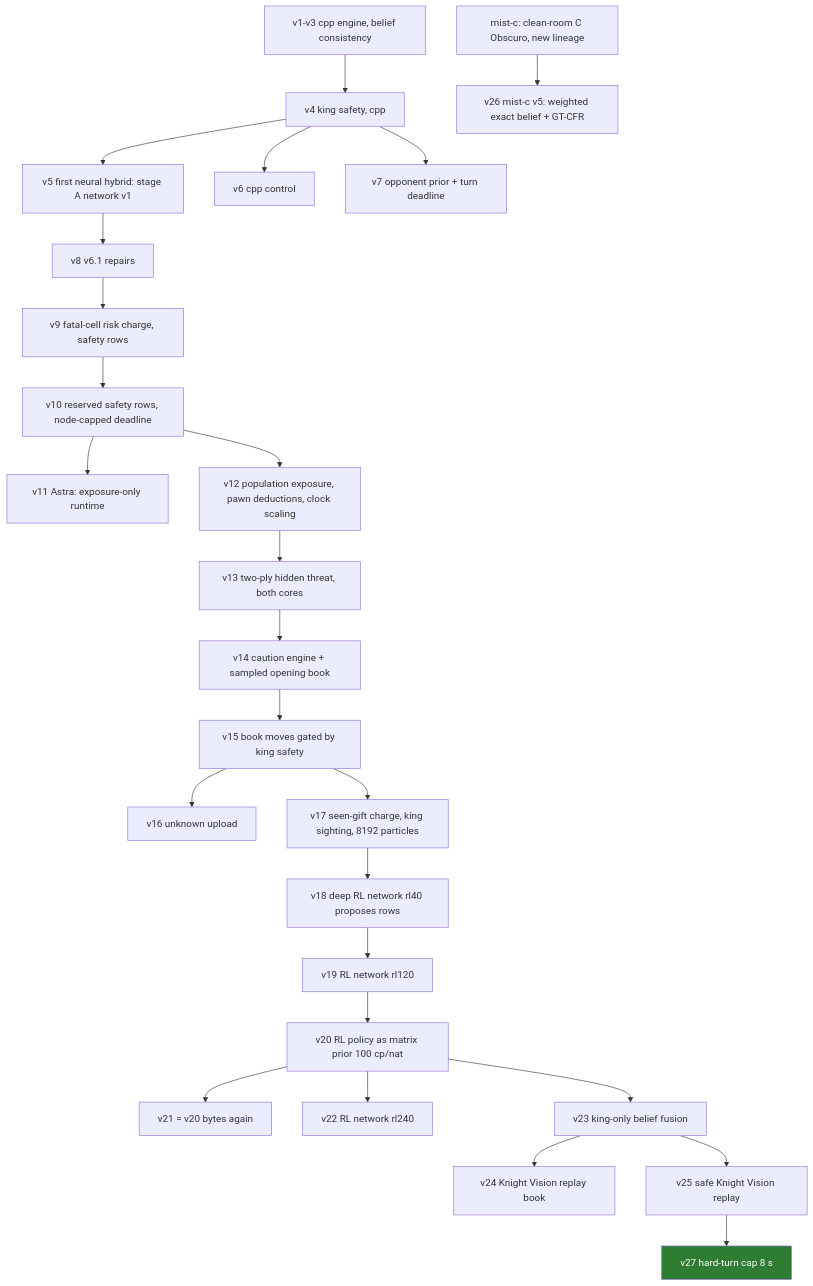
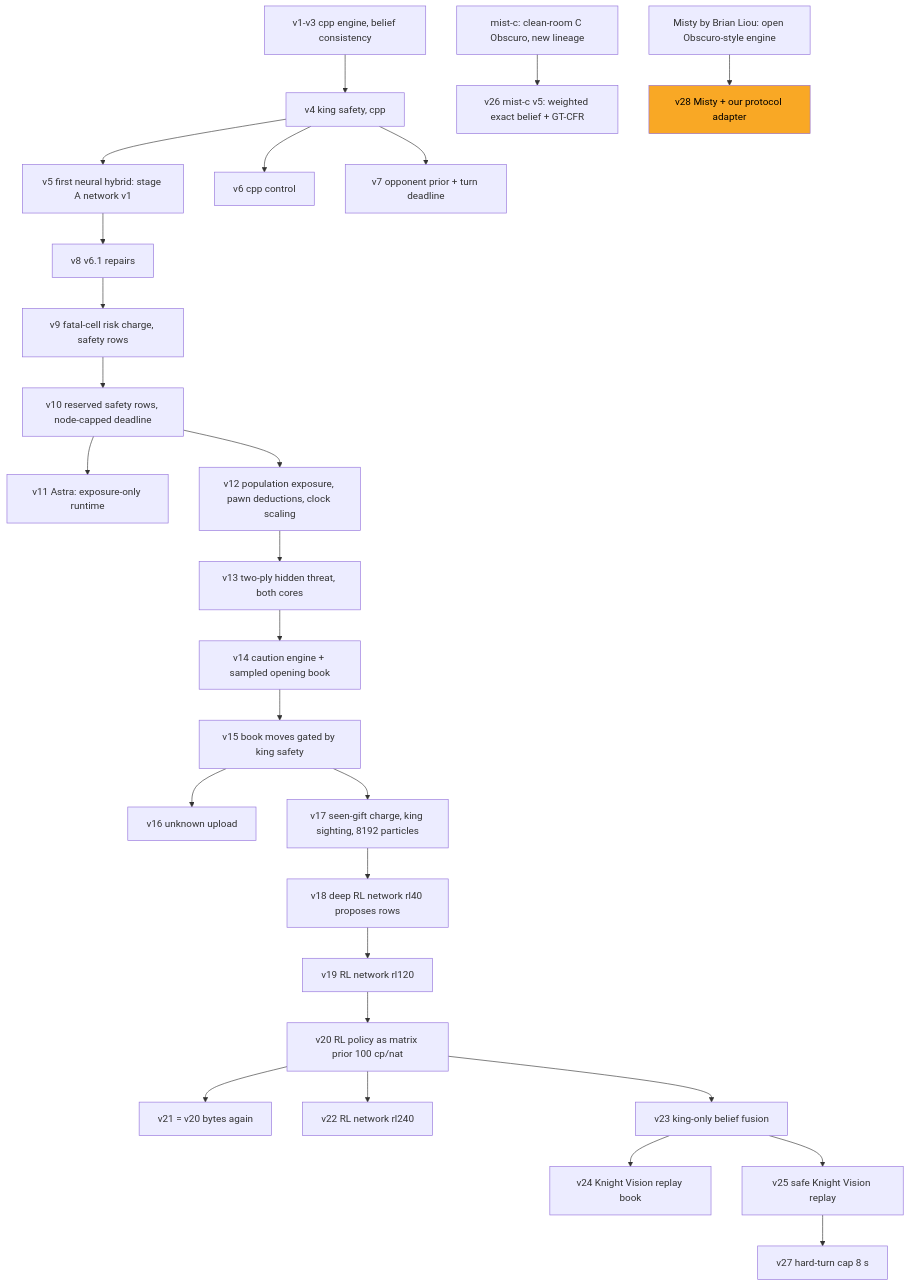
Before and after one commit to htansetiawan/iamavirus: the diagram in MUTATIONS.md, drawn with Mermaid. The commit also changed other lines of this file and 2 other files, not shown here.

Commit message:
Arena v28 = Misty (Brian Liou's engine + our adapter, 2717d78f4cfc), uploaded by the user; file renamed; map, registry, prediction, fail-fast rule

````diff
--- a/MUTATIONS.md
+++ b/MUTATIONS.md
@@ -20,28 +20,29 @@
 ```mermaid
 flowchart TD
   v1[v1-v3 cpp engine, belief consistency] --> v4[v4 king safety, cpp]
   v4 --> v5[v5 first neural hybrid: stage A network v1]
   v4 --> v6[v6 cpp control]
   v4 --> v7[v7 opponent prior + turn deadline]
   v5 --> v8[v8 v6.1 repairs] --> v9[v9 fatal-cell risk charge, safety rows] --> v10[v10 reserved safety rows, node-capped deadline]
   v10 --> v11[v11 Astra: exposure-only runtime]
   v10 --> v12[v12 population exposure, pawn deductions, clock scaling]
   v12 --> v13[v13 two-ply hidden threat, both cores]
   v13 --> v14[v14 caution engine + sampled opening book]
   v14 --> v15[v15 book moves gated by king safety]
   v15 --> v16[v16 unknown upload]
   v15 --> v17[v17 seen-gift charge, king sighting, 8192 particles]
   v17 --> v18[v18 deep RL network rl40 proposes rows]
   v18 --> v19[v19 RL network rl120]
   v19 --> v20[v20 RL policy as matrix prior 100 cp/nat]
   v20 --> v21[v21 = v20 bytes again]
   v20 --> v22[v22 RL network rl240]
   v20 --> v23[v23 king-only belief fusion]
   v23 --> v24[v24 Knight Vision replay book]
   v23 --> v25[v25 safe Knight Vision replay]
   mc[mist-c: clean-room C Obscuro, new lineage] --> v26[v26 mist-c v5: weighted exact belief + GT-CFR]
   v25 --> v27[v27 hard-turn cap 8 s]
+  misty[Misty by Brian Liou: open Obscuro-style engine] --> v28[v28 Misty + our protocol adapter]
   classDef alive fill:#2e7d32,color:#fff;
   classDef cand fill:#f9a825,color:#000;
-  class v27 alive;
+  class v28 cand;
 ```
````
